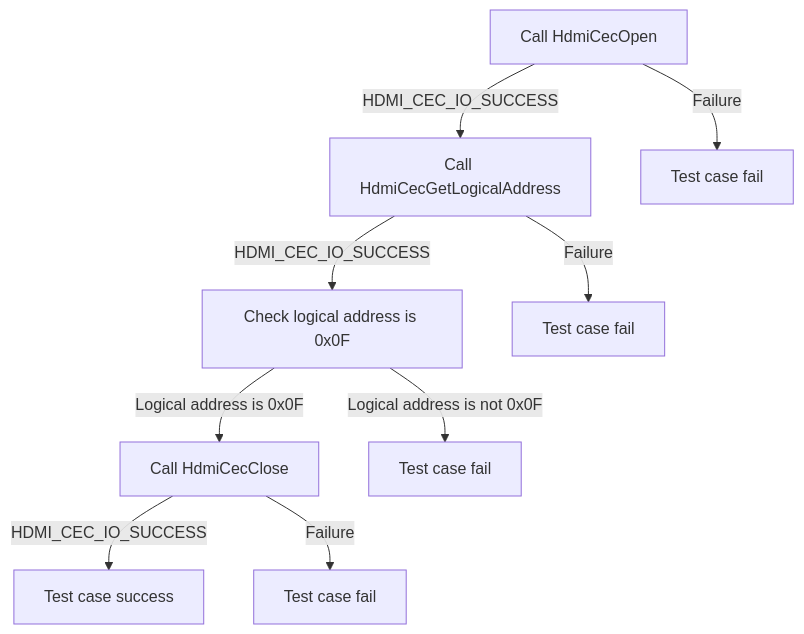
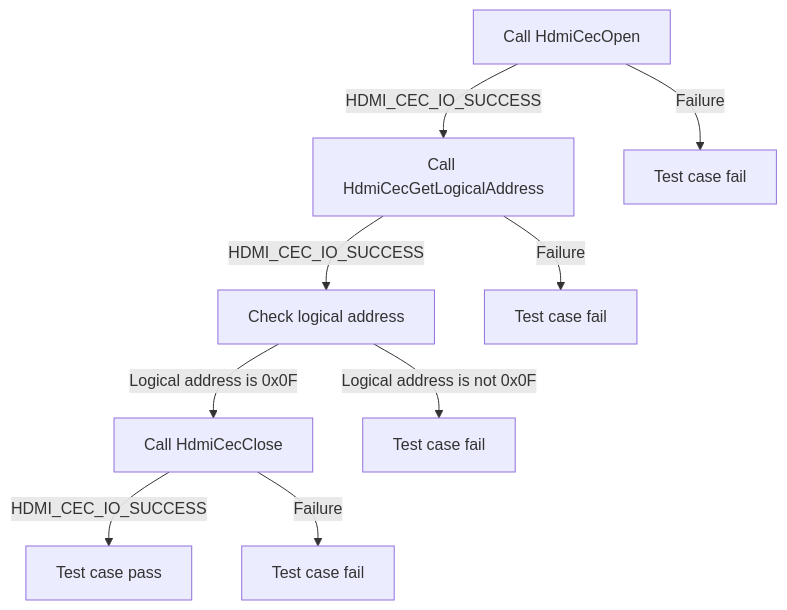
Before and after one commit to rdkcentral/rdk-halif-test-hdmi_cec: the first of 6 diagrams in docs/pages/l2_hdmi_cec_driver_test_specification.md, drawn with Mermaid. The commit also changed other lines of this file and 4 other files, not shown here.

Commit message:
L2 Tests for HDMI CEC Generate L2 tests for the updated  HL spec and Interface file

````diff
--- a/docs/pages/l2_hdmi_cec_driver_test_specification.md
+++ b/docs/pages/l2_hdmi_cec_driver_test_specification.md
@@ -83,11 +83,11 @@
 ```mermaid
 graph TB
 A[Call HdmiCecOpen] -->|HDMI_CEC_IO_SUCCESS| B[Call HdmiCecGetLogicalAddress]
 A -->|Failure| A1[Test case fail]
-B -->|HDMI_CEC_IO_SUCCESS| C[Check logical address is 0x0F]
+B -->|HDMI_CEC_IO_SUCCESS| C[Check logical address]
 B -->|Failure| B1[Test case fail]
 C -->|Logical address is 0x0F| D[Call HdmiCecClose]
 C -->|Logical address is not 0x0F| C1[Test case fail]
-D -->|HDMI_CEC_IO_SUCCESS| E[Test case success]
+D -->|HDMI_CEC_IO_SUCCESS| E[Test case pass]
 D -->|Failure| D1[Test case fail]
 ```
````
